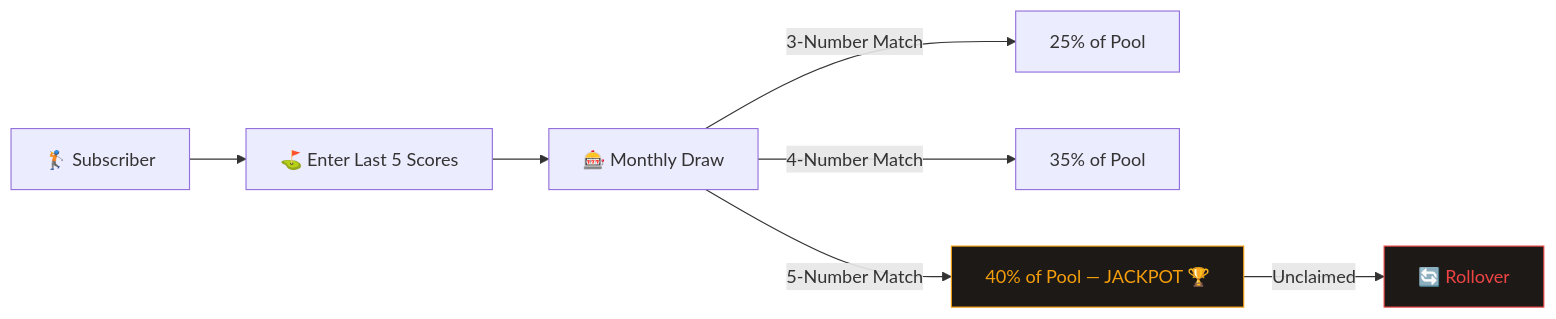
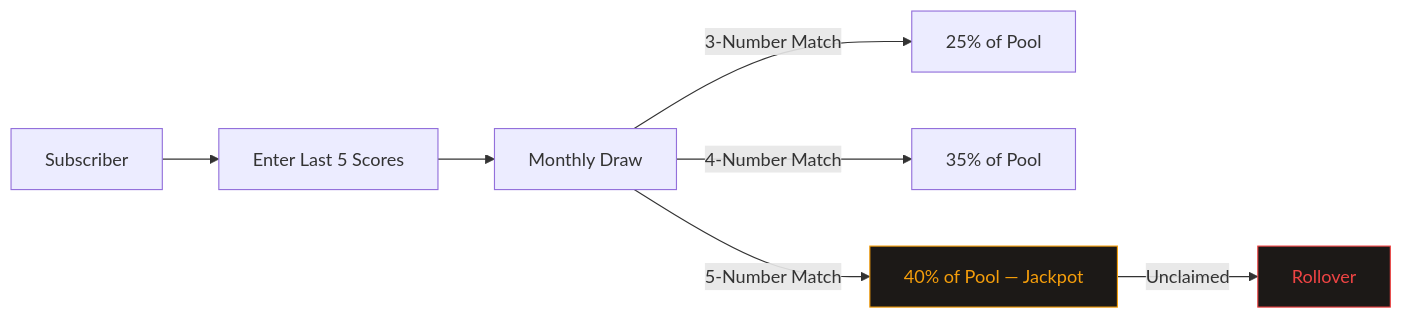
The fifth of 6 diagrams in README.md (Piyush6046/Piyush6046), drawn with Mermaid before and after one commit. The commit also changed other lines of this file, not shown here.

````diff
--- a/README.md
+++ b/README.md
@@ -433,12 +313,12 @@
 ```mermaid
 flowchart LR
-    A[🏌️ Subscriber] --> B[⛳ Enter Last 5 Scores]
-    B --> C[🎰 Monthly Draw]
-    C -->|3-Number Match| D[25% of Pool]
-    C -->|4-Number Match| E[35% of Pool]
-    C -->|5-Number Match| F[40% of Pool — JACKPOT 🏆]
-    F -->|Unclaimed| G[🔄 Rollover]
+    A["Subscriber"] --> B["Enter Last 5 Scores"]
+    B --> C["Monthly Draw"]
+    C -->|3-Number Match| D["25% of Pool"]
+    C -->|4-Number Match| E["35% of Pool"]
+    C -->|5-Number Match| F["40% of Pool — Jackpot"]
+    F -->|Unclaimed| G["Rollover"]
 
     style F fill:#1c1917,color:#f59e0b,stroke:#f59e0b
     style G fill:#1c1917,color:#ef4444,stroke:#ef4444
 ```
````
